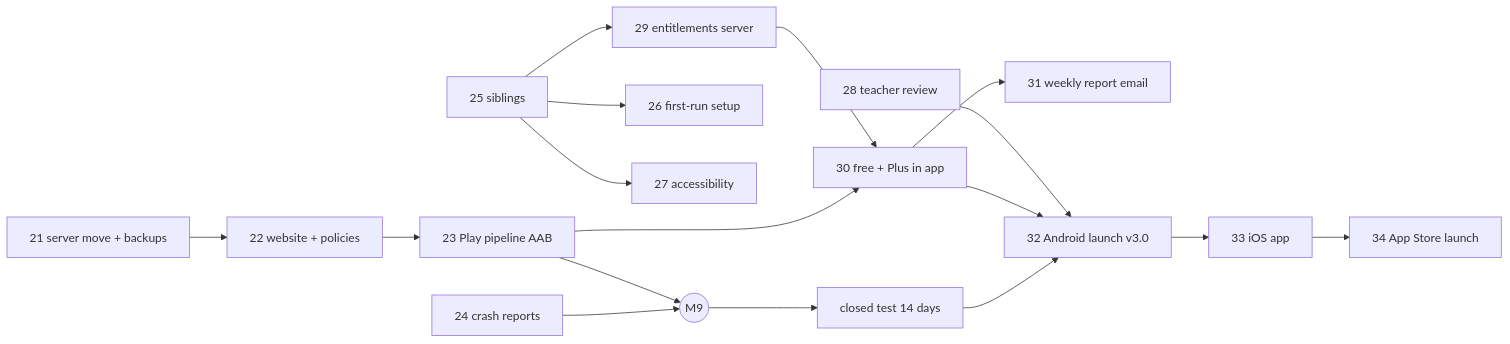
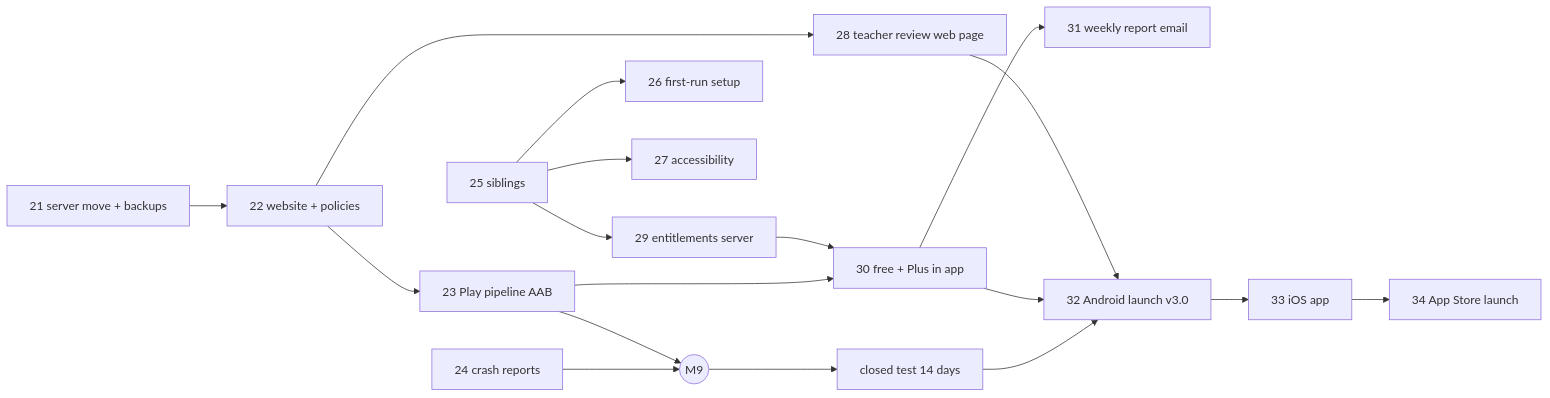
The diagram in docs/05-phase3-plan.md (codeforests/number-ninja), drawn with Mermaid before and after one commit. The commit also changed other lines of this file, not shown here.

First line of the commit message:
docs: teacher review of the bank on a web page (Ken) [skip ci]

````diff
--- a/docs/05-phase3-plan.md
+++ b/docs/05-phase3-plan.md
@@ -36,19 +36,20 @@
 ```mermaid
 flowchart LR
   F21[21 server move + backups] --> F22[22 website + policies]
   F22 --> F23[23 Play pipeline AAB]
   F24[24 crash reports] --> M9
   F23 --> M9((M9))
   F25[25 siblings] --> F26[26 first-run setup]
   F25 --> F27[27 accessibility]
   M9 --> CT[closed test 14 days]
   F25 --> F29[29 entitlements server]
   F23 --> F30
   F29 --> F30[30 free + Plus in app]
   F30 --> F31[31 weekly report email]
   CT --> F32[32 Android launch v3.0]
   F30 --> F32
-  F28[28 teacher review] --> F32
+  F22 --> F28[28 teacher review web page]
+  F28 --> F32
   F32 --> F33[33 iOS app]
   F33 --> F34[34 App Store launch]
 ```
````
